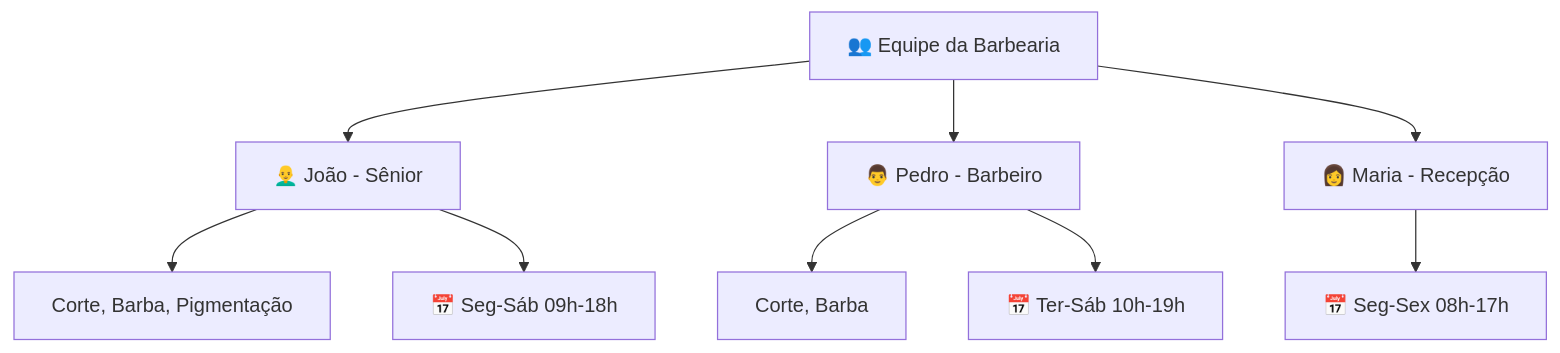
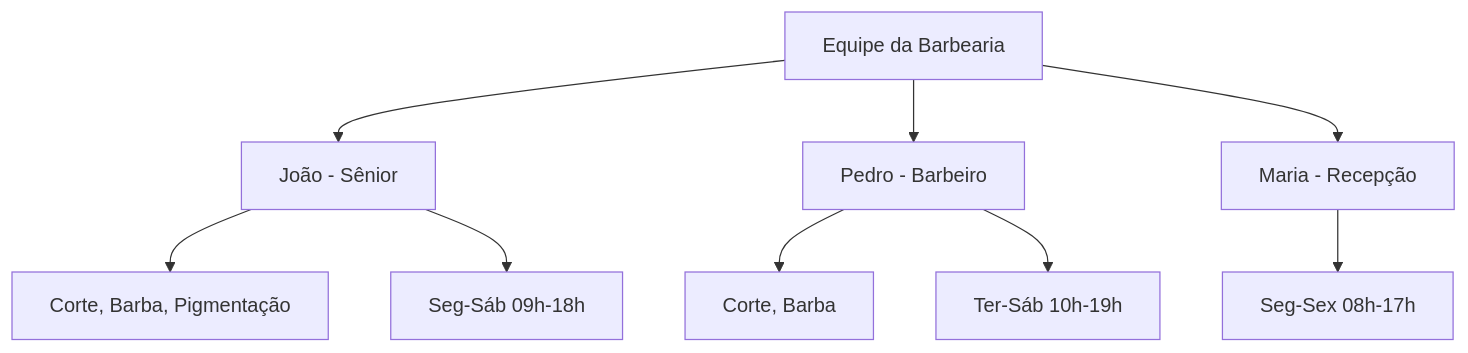
One commit to AgendoCerto/docs changed the first of 5 diagrams in contents/guides/profissionais.md. Above: the diagram before and after it, drawn with Mermaid. The commit also changed other lines of this file and 6 other files, not shown here.

````diff
--- a/contents/guides/profissionais.md
+++ b/contents/guides/profissionais.md
@@ -15,15 +15,15 @@
 ```mermaid
 graph TD
-    A[👥 Equipe da Barbearia]
-    A --> B[👨‍🦲 João - Sênior]
-    A --> C[👨 Pedro - Barbeiro]
-    A --> D[👩 Maria - Recepção]
+    A[Equipe da Barbearia]
+    A --> B[João - Sênior]
+    A --> C[Pedro - Barbeiro]
+    A --> D[Maria - Recepção]
     
     B --> B1[Corte, Barba, Pigmentação]
-    B --> B2[📅 Seg-Sáb 09h-18h]
+    B --> B2[Seg-Sáb 09h-18h]
     
     C --> C1[Corte, Barba]
-    C --> C2[📅 Ter-Sáb 10h-19h]
+    C --> C2[Ter-Sáb 10h-19h]
     
-    D --> D2[📅 Seg-Sex 08h-17h]
+    D --> D2[Seg-Sex 08h-17h]
 ```
````
